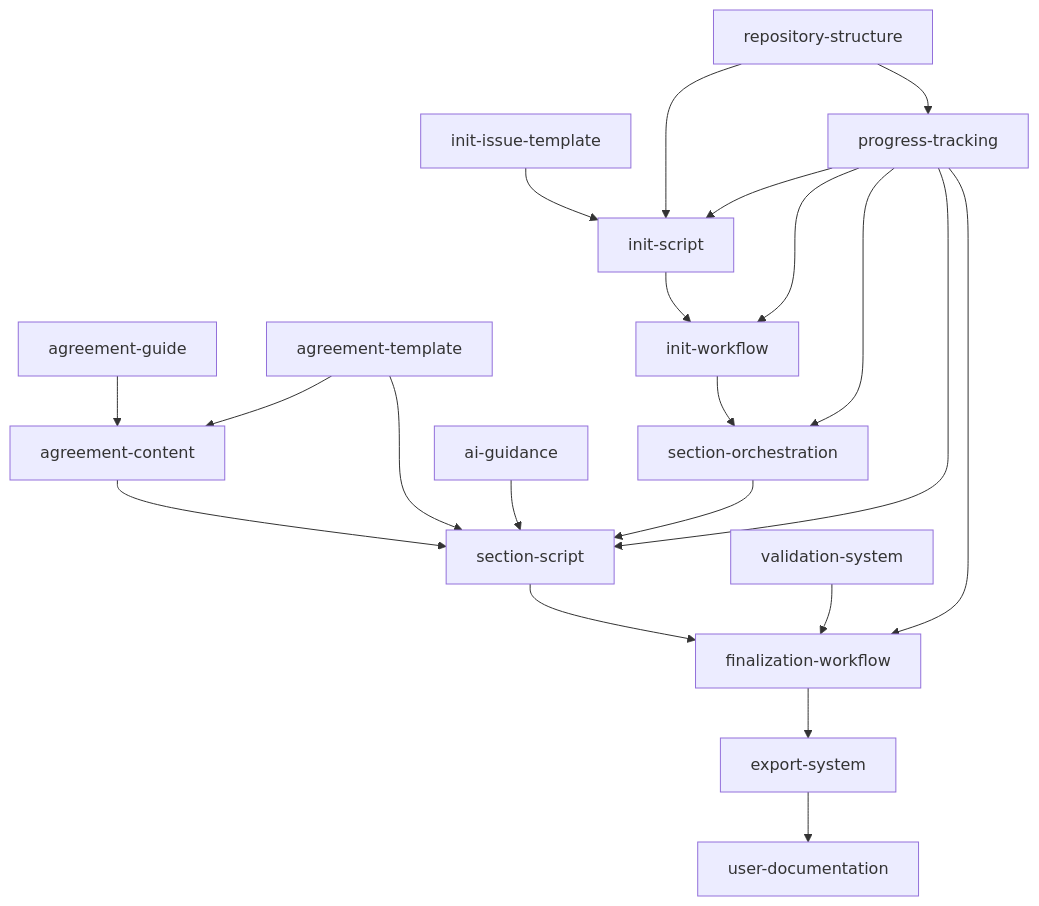
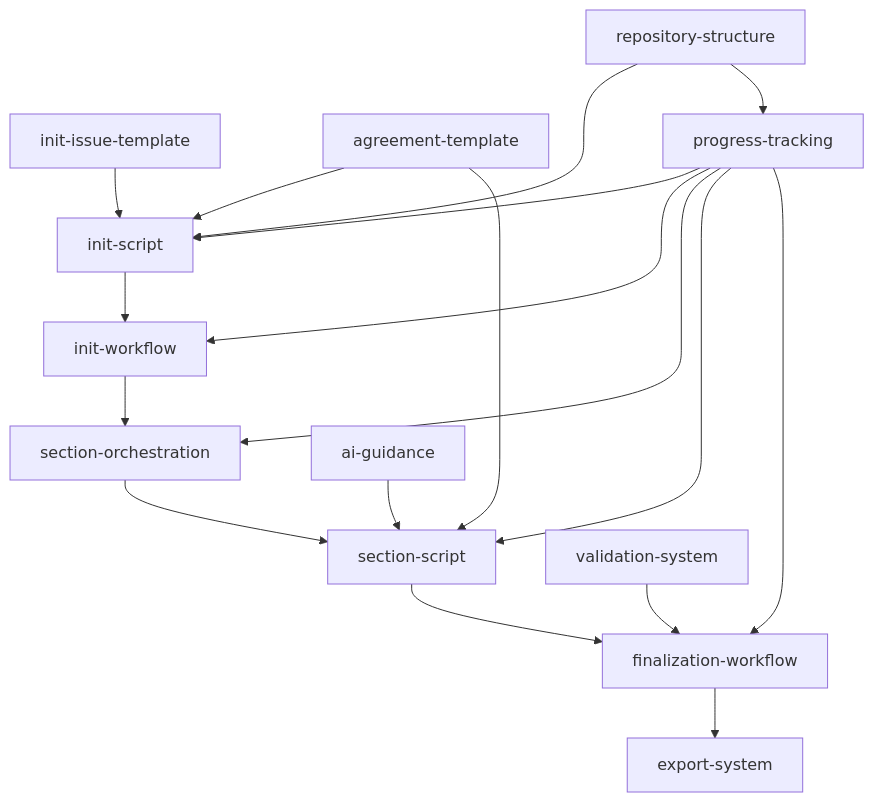
The first of 2 diagrams in .xe/specs/blueprint/spec.md (Xerilium/catalyst-founders-agreement), drawn with Mermaid before and after one commit. The commit also changed other lines of this file and 2 other files, not shown here.

````diff
--- a/.xe/specs/blueprint/spec.md
+++ b/.xe/specs/blueprint/spec.md
@@ -43,53 +43,47 @@
 ```mermaid
 graph TD
     %% Tier 0: Foundation
     A[repository-structure]
     B[init-issue-template]
-    C[agreement-guide]
-    D[agreement-template]
+    C[agreement-template]
 
     %% Tier 1: Core Configuration
-    E[init-script]
-    F[agreement-content]
-    G[progress-tracking]
+    D[init-script]
+    E[progress-tracking]
 
     %% Tier 2: Automation
-    H[init-workflow]
-    I[section-orchestration]
+    F[init-workflow]
+    G[section-orchestration]
 
     %% Tier 3: Section Processing
-    J[section-script]
-    K[ai-guidance]
-    L[validation-system]
+    H[section-script]
+    I[ai-guidance]
+    J[validation-system]
 
     %% Tier 4: Finalization
-    M[finalization-workflow]
-    N[export-system]
-    O[user-documentation]
+    K[finalization-workflow]
+    L[export-system]
 
     %% Dependencies
+    A --> D
     A --> E
-    A --> G
-    B --> E
-    C --> F
+    B --> D
+    C --> D
+    C --> H
+
     D --> F
-    D --> J
+    E --> D
+    E --> F
+    E --> G
+    E --> H
+    E --> K
 
-    E --> H
-    F --> J
-    G --> E
+    F --> G
     G --> H
-    G --> I
-    G --> J
-    G --> M
 
-    H --> I
-    I --> J
+    H --> K
+    I --> H
+    J --> K
 
-    J --> M
-    K --> J
-    L --> M
-
-    M --> N
-    N --> O
+    K --> L
 ```
````
